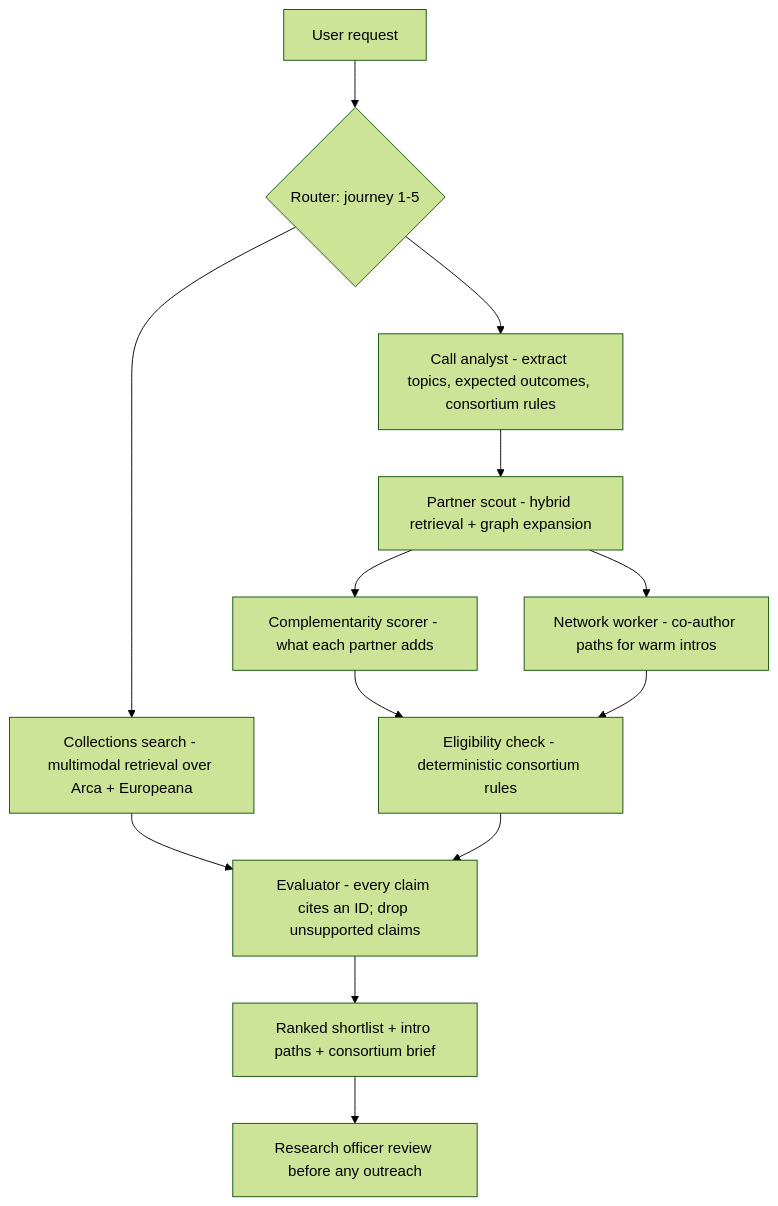
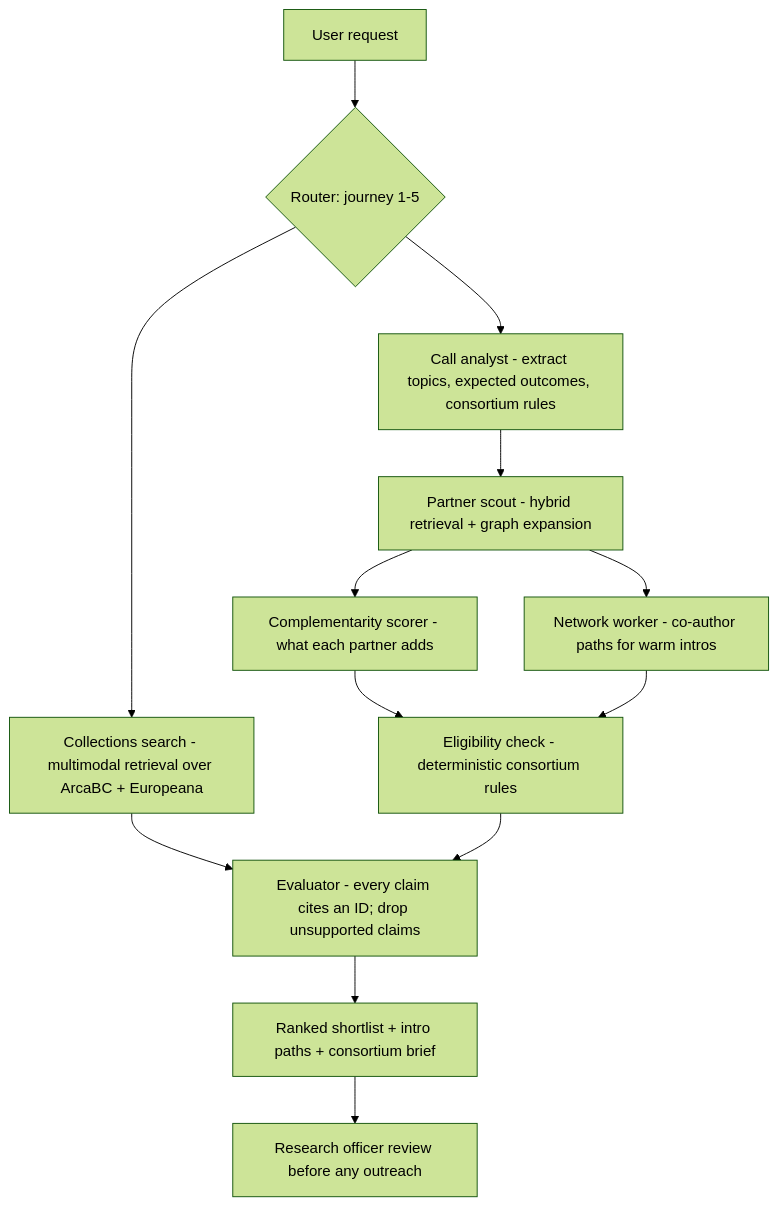
Before and after one commit to teamworxAI/campus-ai: the second of 2 diagrams in docs/plans/master_plan.md, drawn with Mermaid (forest theme). The commit also changed other lines of this file and 5 other files, not shown here.

````diff
--- a/docs/plans/master_plan.md
+++ b/docs/plans/master_plan.md
@@ -223,14 +229,14 @@
 ```mermaid
 flowchart TD
     Q[User request] --> RT{Router: journey 1-5}
-    RT --> MM[Collections search - multimodal retrieval over Arca + Europeana]
+    RT --> MM[Collections search - multimodal retrieval over ArcaBC + Europeana]
     MM --> EV
     RT --> CA[Call analyst - extract topics, expected outcomes, consortium rules]
     CA --> PS[Partner scout - hybrid retrieval + graph expansion]
     PS --> CS[Complementarity scorer - what each partner adds]
     PS --> NW[Network worker - co-author paths for warm intros]
     CS & NW --> EL[Eligibility check - deterministic consortium rules]
     EL --> EV[Evaluator - every claim cites an ID; drop unsupported claims]
     EV --> OUT[Ranked shortlist + intro paths + consortium brief]
     OUT --> H[Research officer review before any outreach]
 ```
````
